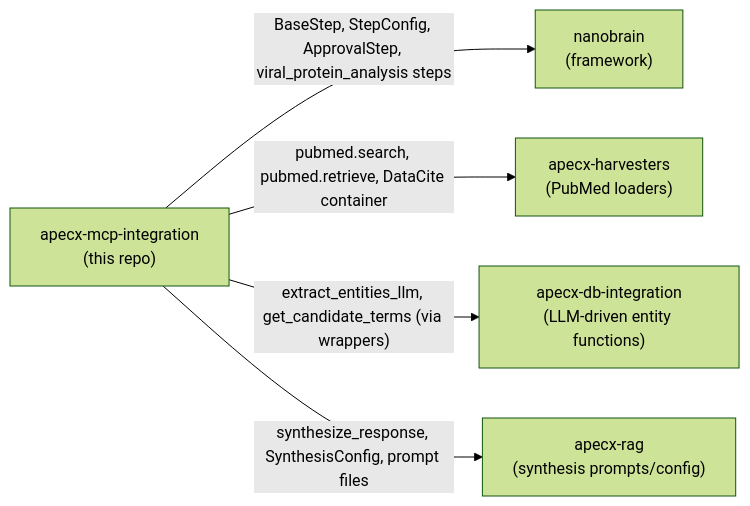
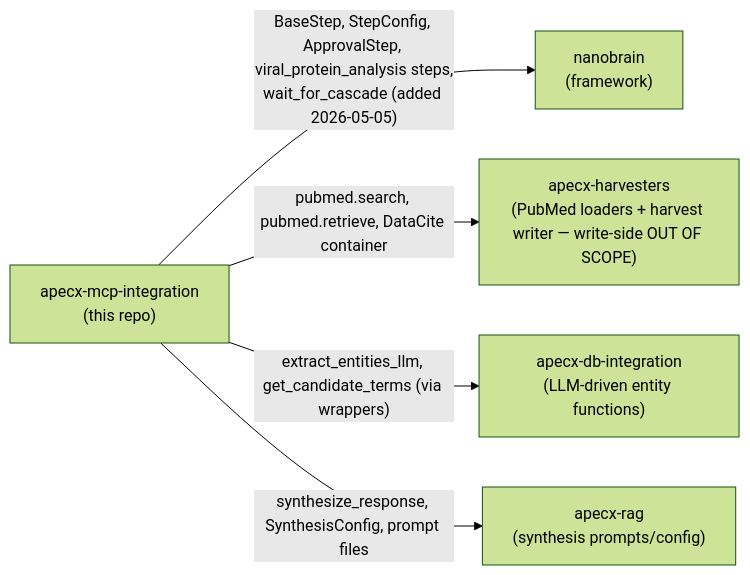
The seventh of 8 diagrams in docs/architecture.md (AlexandrNP/apecx-mcp-integration), drawn with Mermaid (forest theme) before and after one commit. The commit also changed other lines of this file and 14 other files, not shown here.

````diff
--- a/docs/architecture.md
+++ b/docs/architecture.md
@@ -410,13 +475,13 @@
 ```mermaid
 flowchart LR
     AMI["apecx-mcp-integration<br/>(this repo)"]
     NB["nanobrain<br/>(framework)"]
-    AH["apecx-harvesters<br/>(PubMed loaders)"]
+    AH["apecx-harvesters<br/>(PubMed loaders + harvest writer — write-side OUT OF SCOPE)"]
     ADB["apecx-db-integration<br/>(LLM-driven entity functions)"]
     ARG["apecx-rag<br/>(synthesis prompts/config)"]
 
-    AMI -- "BaseStep, StepConfig, ApprovalStep, viral_protein_analysis steps" --> NB
+    AMI -- "BaseStep, StepConfig, ApprovalStep, viral_protein_analysis steps,<br/>wait_for_cascade (added 2026-05-05)" --> NB
     AMI -- "pubmed.search, pubmed.retrieve, DataCite container" --> AH
     AMI -- "extract_entities_llm, get_candidate_terms (via wrappers)" --> ADB
     AMI -- "synthesize_response, SynthesisConfig, prompt files" --> ARG
 ```
````
